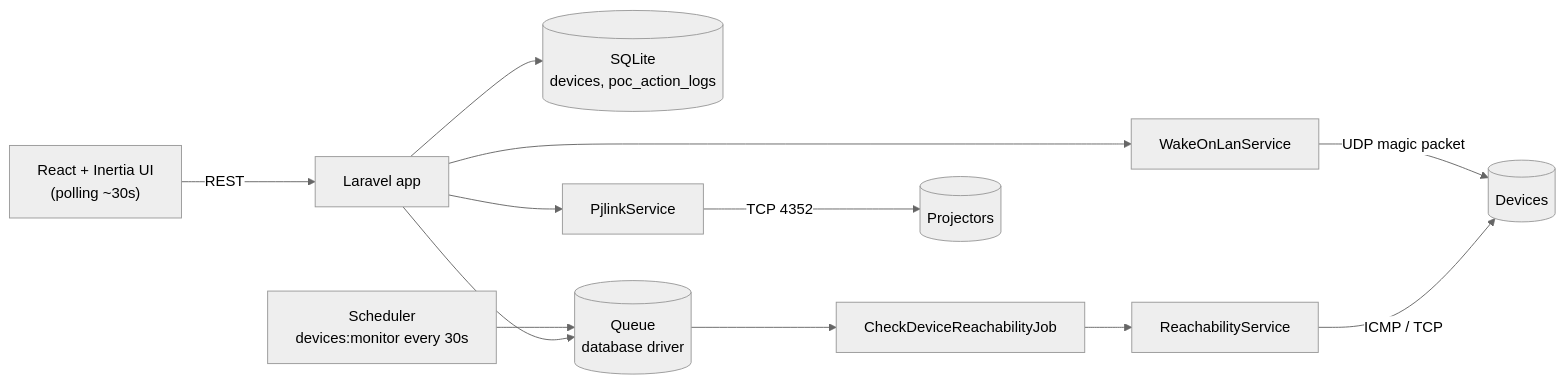
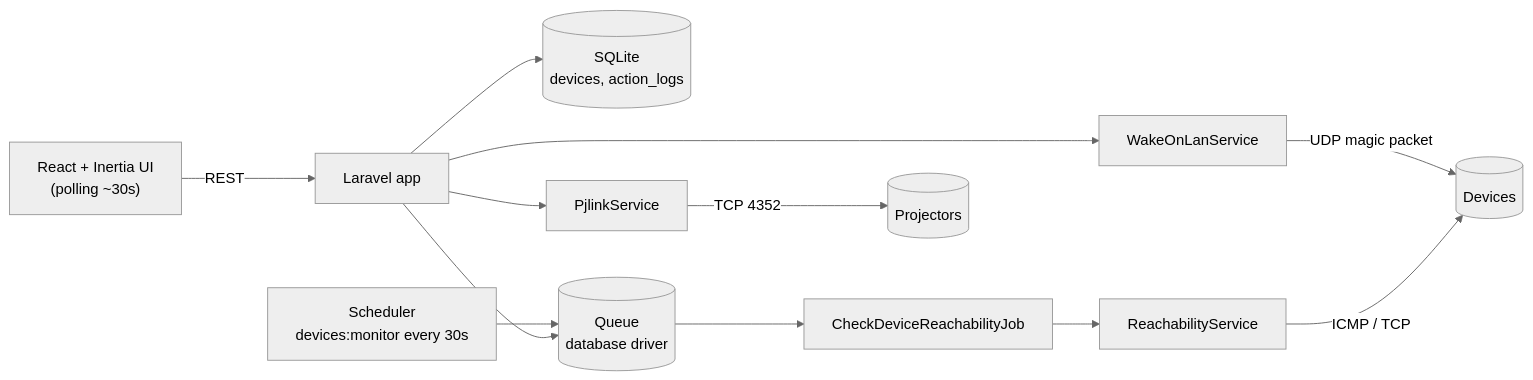
One commit to kzamanbd/dpms changed the first of 7 diagrams in README.md. Above: the diagram before and after it, drawn with Mermaid (neutral theme). The commit also changed other lines of this file and 9 other files, not shown here.

First line of the commit message:
refactor: rename PocActionLog to ActionLog + action_logs table

````diff
--- a/README.md
+++ b/README.md
@@ -40,14 +40,14 @@
 ```mermaid
 flowchart LR
     UI["React + Inertia UI<br/>(polling ~30s)"] -->|"REST"| API["Laravel app"]
-    API --> DB[("SQLite<br/>devices, poc_action_logs")]
+    API --> DB[("SQLite<br/>devices, action_logs")]
     API --> Q[("Queue<br/>database driver")]
     SCHED["Scheduler<br/>devices:monitor every 30s"] --> Q
     Q --> JOB["CheckDeviceReachabilityJob"]
     JOB --> REACH["ReachabilityService"]
     API --> PJ["PjlinkService"]
     API --> WOL["WakeOnLanService"]
     REACH -->|"ICMP / TCP"| DEV[("Devices")]
     PJ -->|"TCP 4352"| PROJ[("Projectors")]
     WOL -->|"UDP magic packet"| DEV
 ```
````
